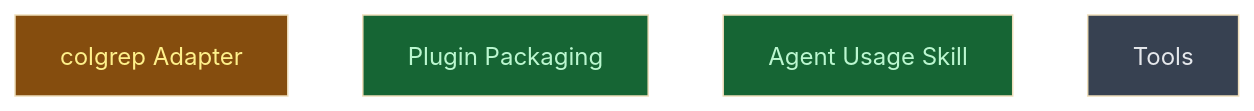
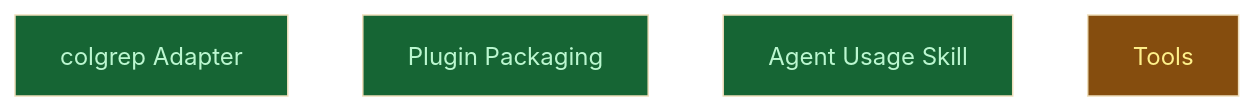
One commit to CrackingShells/colgrep-mcp changed the diagram in __roadmap__/colgrep_mcp/build/README.md. Above: the diagram before and after it, drawn with Mermaid (base theme). The commit also changed other lines of this file and 2 other files, not shown here.

Commit message:
docs(roadmap): mark adapter done, start tools level

````diff
--- a/__roadmap__/colgrep_mcp/build/README.md
+++ b/__roadmap__/colgrep_mcp/build/README.md
@@ -19,12 +19,12 @@
 ```mermaid
 graph TD
-    colgrep_adapter[colgrep Adapter]:::inprogress
+    colgrep_adapter[colgrep Adapter]:::done
     plugin_packaging[Plugin Packaging]:::done
     agent_skill[Agent Usage Skill]:::done
-    tools[Tools]:::planned
+    tools[Tools]:::inprogress
     classDef done       fill:#166534,color:#bbf7d0
     classDef inprogress fill:#854d0e,color:#fef08a
     classDef planned    fill:#374151,color:#e5e7eb
     classDef amendment  fill:#1e3a5f,color:#bfdbfe
     classDef blocked    fill:#7f1d1d,color:#fecaca
 ```
````
